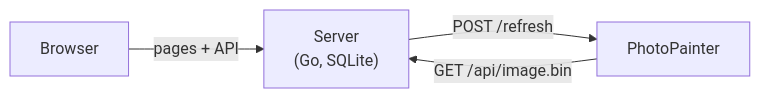
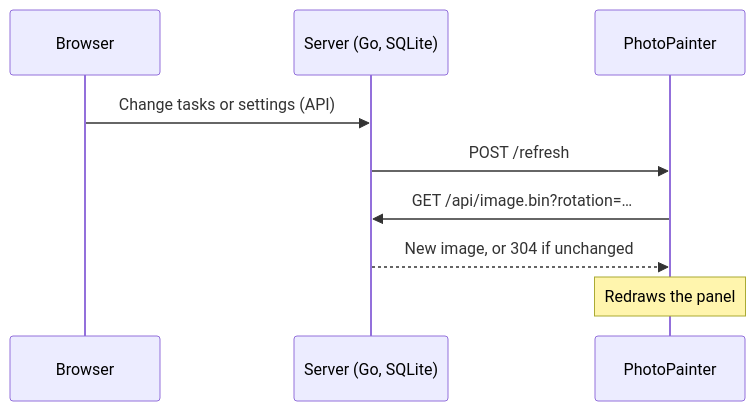
Before and after one commit to qrdl/tabula: the diagram in README.md, drawn with Mermaid.

Commit message:
Fix diagram in README

````diff
--- a/README.md
+++ b/README.md
@@ -9,6 +9,11 @@
 ```mermaid
-flowchart LR
-    browser[Browser] -->|"pages + API"| server["Server<br>(Go, SQLite)"]
-    server -->|"POST /refresh"| device[PhotoPainter]
-    device -->|"GET /api/image.bin"| server
+sequenceDiagram
+    participant B as Browser
+    participant S as Server (Go, SQLite)
+    participant D as PhotoPainter
+    B->>S: Change tasks or settings (API)
+    S->>D: POST /refresh
+    D->>S: GET /api/image.bin?rotation=…
+    S-->>D: New image, or 304 if unchanged
+    Note over D: Redraws the panel
 ```
````
